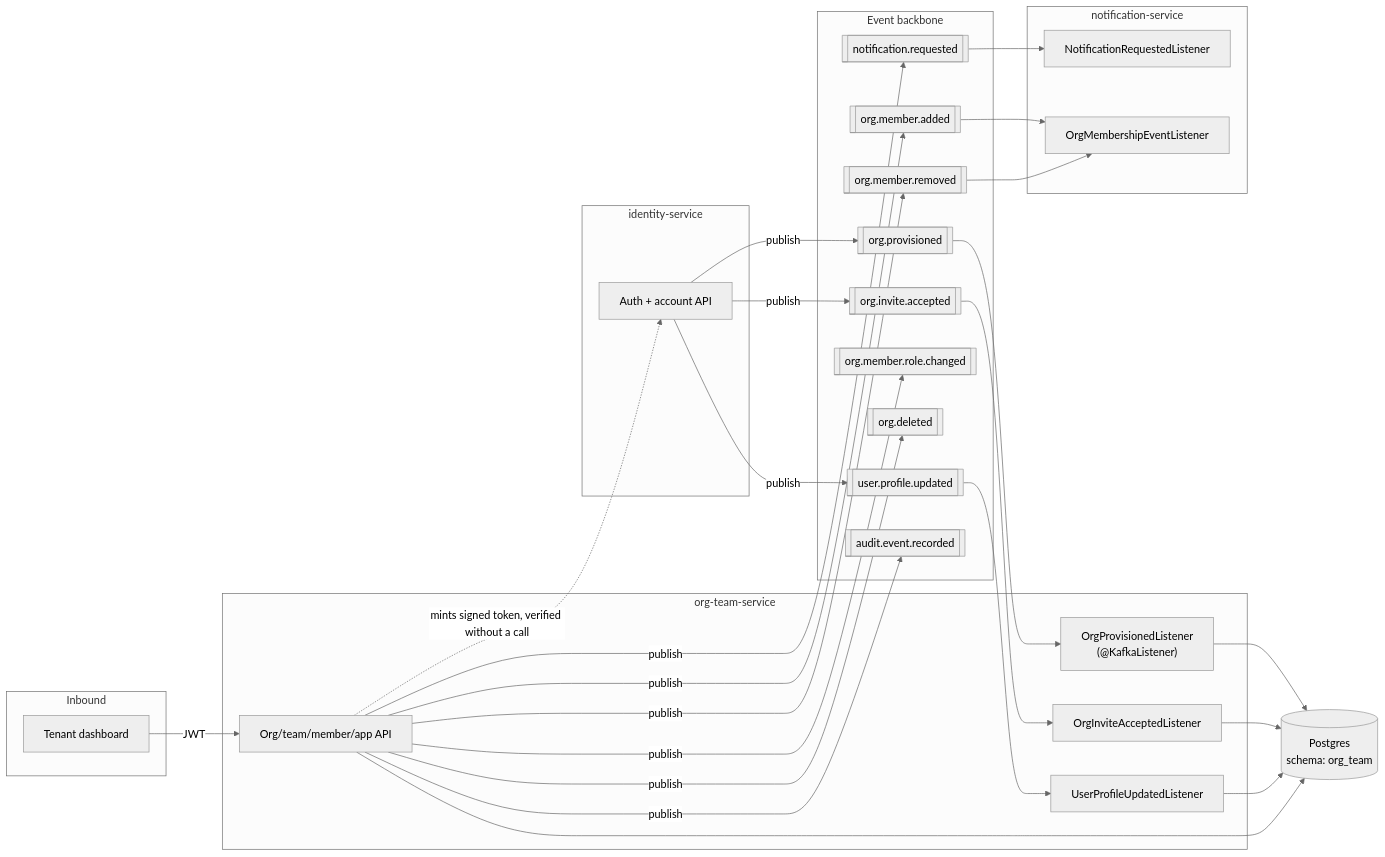
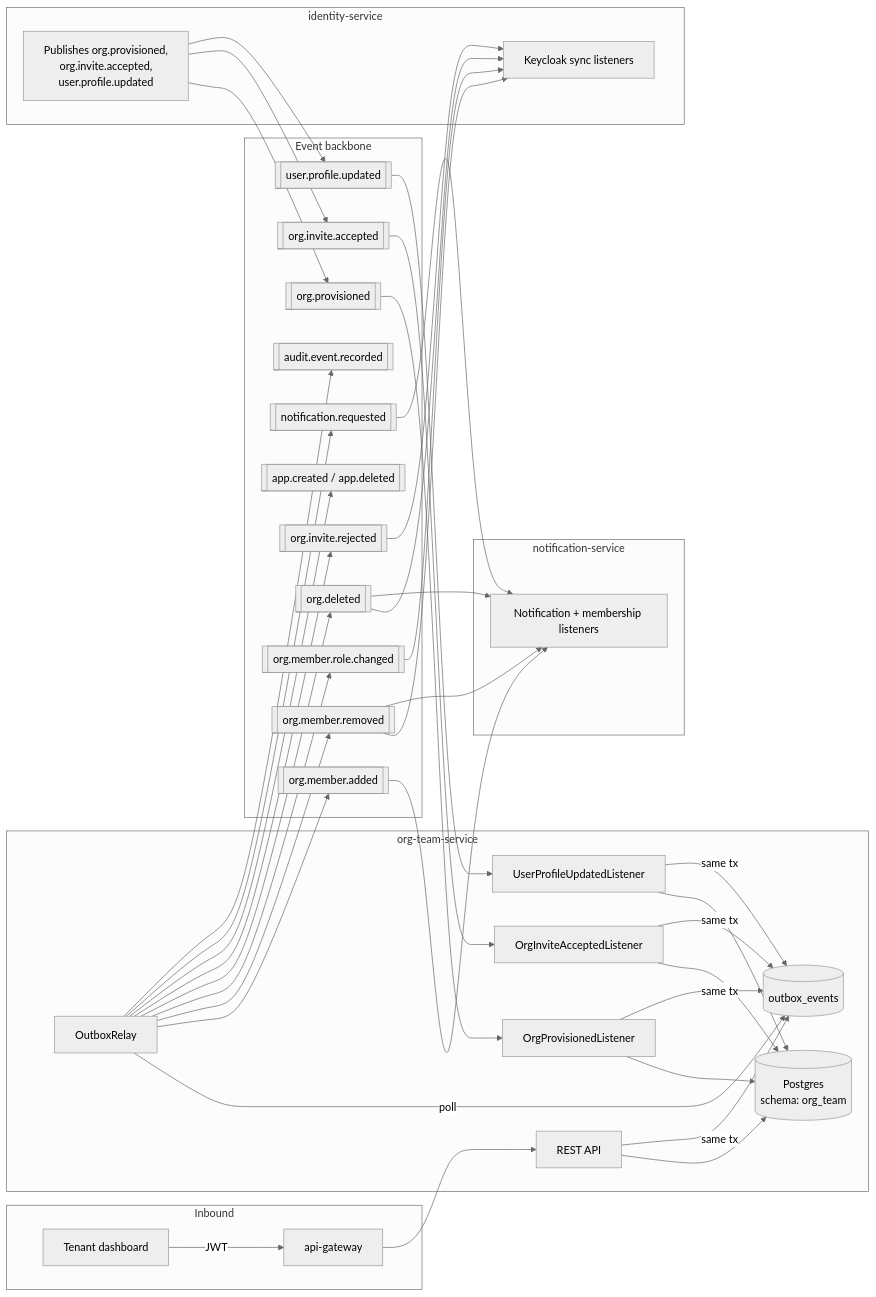
The first of 8 diagrams in docs/org-team-service/ARCHITECTURE.md (Wamitinewton/Pallet.io), drawn with Mermaid (neutral theme) before and after one commit. The commit also changed other lines of this file and 4 other files, not shown here.

````diff
--- a/docs/org-team-service/ARCHITECTURE.md
+++ b/docs/org-team-service/ARCHITECTURE.md
@@ -51,56 +65,54 @@
 ```mermaid
 flowchart LR
     subgraph Inbound
         FE[Tenant dashboard]
+        GW[api-gateway]
     end
 
     subgraph OTS["org-team-service"]
-        API[Org/team/member/app API]
-        L1["OrgProvisionedListener<br/>(@KafkaListener)"]
-        L2[OrgInviteAcceptedListener]
-        L3[UserProfileUpdatedListener]
+        API[REST API]
+        L1["OrgProvisionedListener"]
+        L2["OrgInviteAcceptedListener"]
+        L3["UserProfileUpdatedListener"]
+        OB[("outbox_events")]
+        RELAY[OutboxRelay]
+        DB[(Postgres<br/>schema: org_team)]
     end
-
-    DB[(Postgres<br/>schema: org_team)]
 
     subgraph Backbone["Event backbone"]
         T1[["org.provisioned"]]
         T2[["org.invite.accepted"]]
         T3[["user.profile.updated"]]
         T4[["org.member.added"]]
         T5[["org.member.removed"]]
         T6[["org.member.role.changed"]]
         T7[["org.deleted"]]
-        T8[["notification.requested"]]
-        T9[["audit.event.recorded"]]
+        T8[["org.invite.rejected"]]
+        T9[["app.created / app.deleted"]]
+        T10[["notification.requested"]]
+        T11[["audit.event.recorded"]]
     end
 
     subgraph IS["identity-service"]
-        ISApi[Auth + account API]
+        ISPub[Publishes org.provisioned,<br/>org.invite.accepted,<br/>user.profile.updated]
+        ISSub[Keycloak sync listeners]
     end
 
     subgraph NS["notification-service"]
-        NSListener[NotificationRequestedListener]
-        NSMembers[OrgMembershipEventListener]
+        NSL[Notification + membership listeners]
     end
 
-    ISApi -- publish --> T1
-    ISApi -- publish --> T2
-    ISApi -- publish --> T3
+    FE -- JWT --> GW --> API --> DB
+    API -- same tx --> OB
+    RELAY -- poll --> OB
+    RELAY --> T4 & T5 & T6 & T7 & T8 & T9 & T10 & T11
+
+    ISPub --> T1 & T2 & T3
     T1 --> L1 --> DB
     T2 --> L2 --> DB
     T3 --> L3 --> DB
+    L1 & L2 & L3 -- same tx --> OB
 
-    FE -- JWT --> API --> DB
-    API -- publish --> T4
-    API -- publish --> T5
-    API -- publish --> T6
-    API -- publish --> T7
-    API -- publish --> T8
-    API -- publish --> T9
-    T4 --> NSMembers
-    T5 --> NSMembers
-    T8 --> NSListener
-
-    API -. mints signed token, verified without a call .-> ISApi
+    T5 & T6 & T7 & T8 --> ISSub
+    T4 & T5 & T7 & T10 --> NSL
 ```
````
